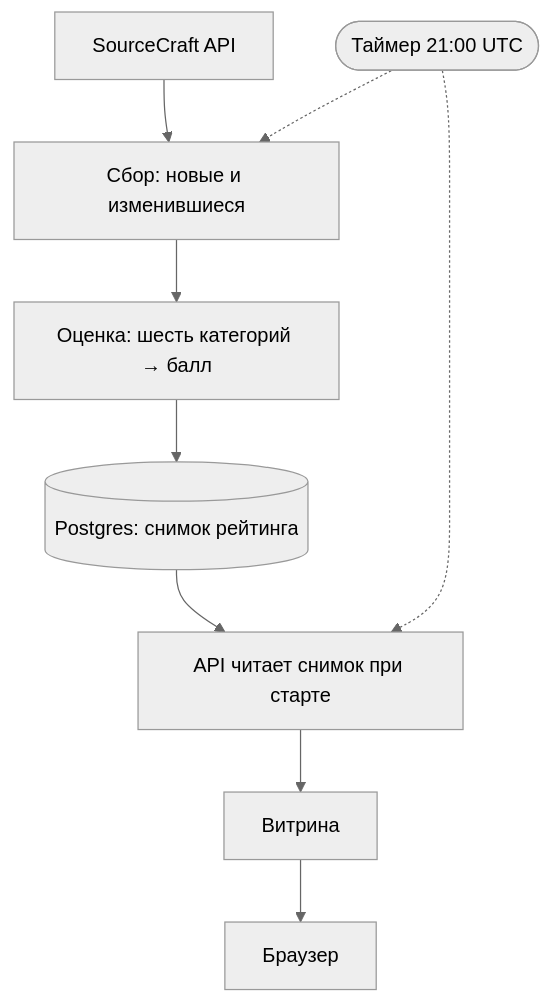
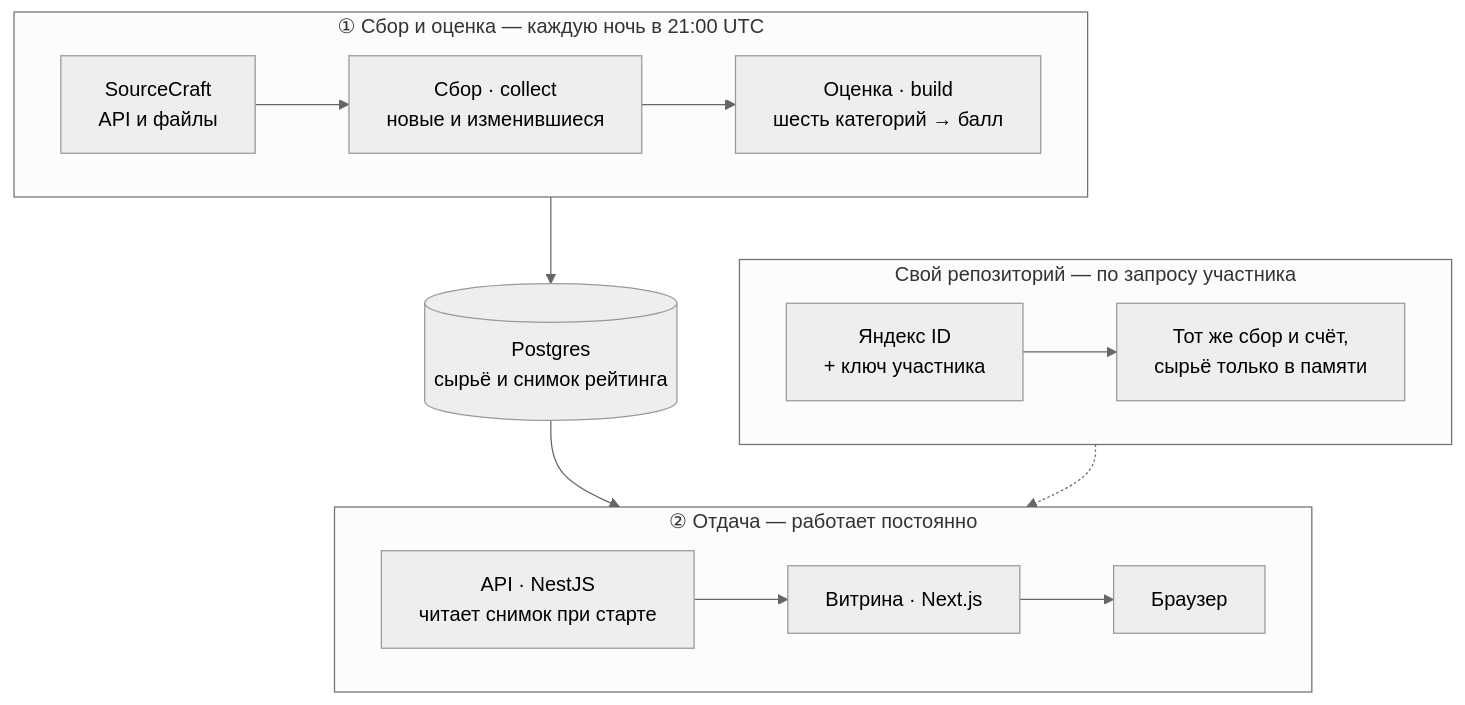
The diagram in README.md (Pelmenya/ralph-demo), drawn with Mermaid (neutral theme) before and after one commit. The commit also changed other lines of this file, not shown here.

Commit message:
docs: большая схема сверху вниз

````diff
--- a/README.md
+++ b/README.md
@@ -5,11 +3,21 @@
 ```mermaid
 flowchart TB
-    SC["SourceCraft API"] --> C["Сбор: новые и изменившиеся"]
-    C --> B["Оценка: шесть категорий → балл"]
-    B --> PG[("Postgres: снимок рейтинга")]
-    PG --> API["API читает снимок при старте"]
-    API --> UI["Витрина"]
-    UI --> U["Браузер"]
-    T(["Таймер 21:00 UTC"]) -.-> C
-    T -.-> API
+    subgraph night["① Сбор и оценка — каждую ночь в 21:00 UTC"]
+        direction LR
+        SC["SourceCraft<br/>API и файлы"] --> C["Сбор · collect<br/>новые и изменившиеся"]
+        C --> B["Оценка · build<br/>шесть категорий → балл"]
+    end
+    PG[("Postgres<br/>сырьё и снимок рейтинга")]
+    subgraph serve["② Отдача — работает постоянно"]
+        direction LR
+        API["API · NestJS<br/>читает снимок при старте"] --> UI["Витрина · Next.js"]
+        UI --> U["Браузер"]
+    end
+    subgraph own["Свой репозиторий — по запросу участника"]
+        direction LR
+        Y["Яндекс ID<br/>+ ключ участника"] --> P["Тот же сбор и счёт,<br/>сырьё только в памяти"]
+    end
+    B --> PG
+    PG --> API
+    P -.-> API
 ```
````
